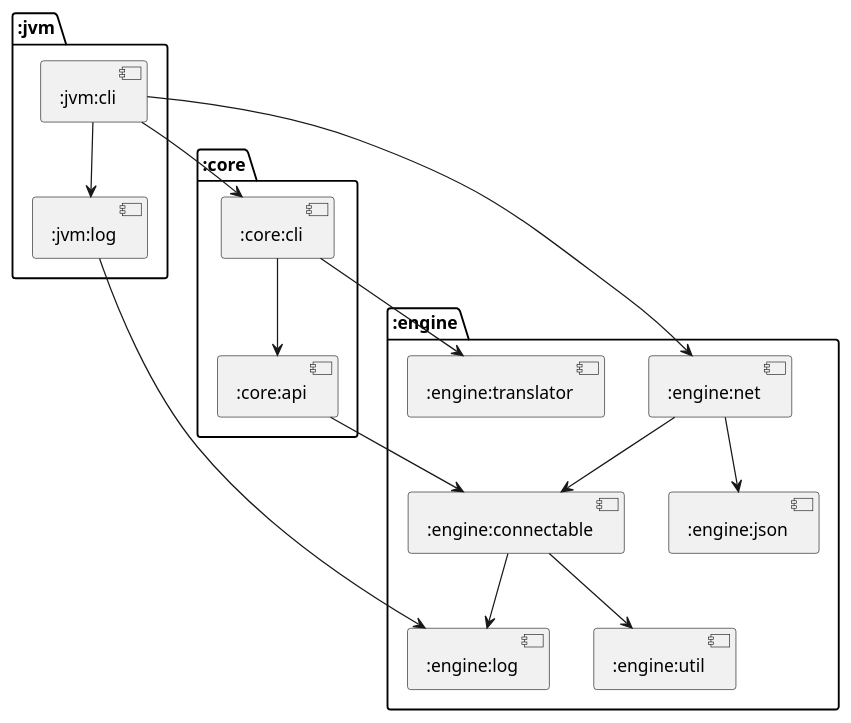
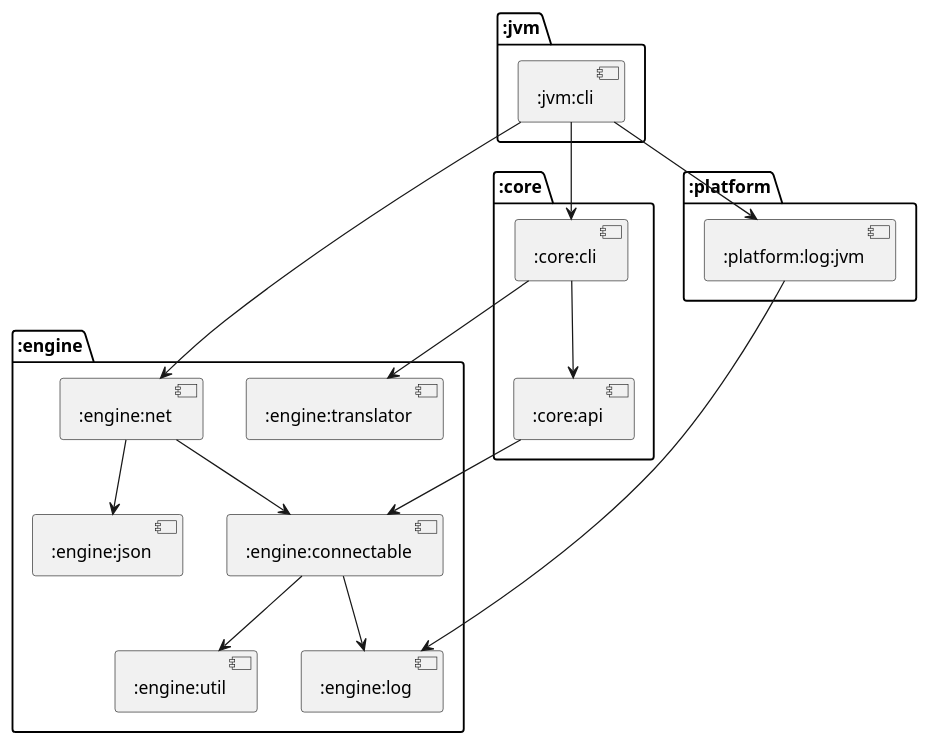
Before and after one commit to cryptopunkscc/crypton: the diagram in docs/modules/puml/:jvm:cli.puml, drawn with PlantUML. The commit also changed 137 other files, not shown here.

```diff
--- a/docs/modules/puml/:jvm:cli.puml
+++ b/docs/modules/puml/:jvm:cli.puml
@@ -1,29 +1,31 @@
 @startuml
 package ":engine" {
 [:engine:net]
 [:engine:connectable]
 [:engine:json]
 [:engine:util]
 [:engine:log]
 [:engine:translator]
 }
-package ":jvm" {
-[:jvm:log]
-[:jvm:cli]
+package ":platform" {
+[:platform:log:jvm]
 }
 package ":core" {
 [:core:cli]
 [:core:api]
 }
+package ":jvm" {
+[:jvm:cli]
+}
 [:engine:net] --> [:engine:connectable]
 [:engine:net] --> [:engine:json]
-[:jvm:log] --> [:engine:log]
+[:platform:log:jvm] --> [:engine:log]
 [:core:cli] --> [:engine:translator]
 [:core:cli] --> [:core:api]
 [:engine:connectable] --> [:engine:util]
 [:engine:connectable] --> [:engine:log]
 [:core:api] --> [:engine:connectable]
 [:jvm:cli] --> [:engine:net]
-[:jvm:cli] --> [:jvm:log]
+[:jvm:cli] --> [:platform:log:jvm]
 [:jvm:cli] --> [:core:cli]
 @enduml
```
